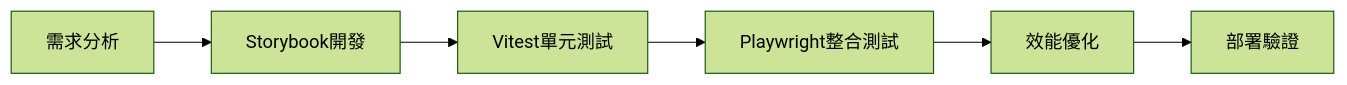
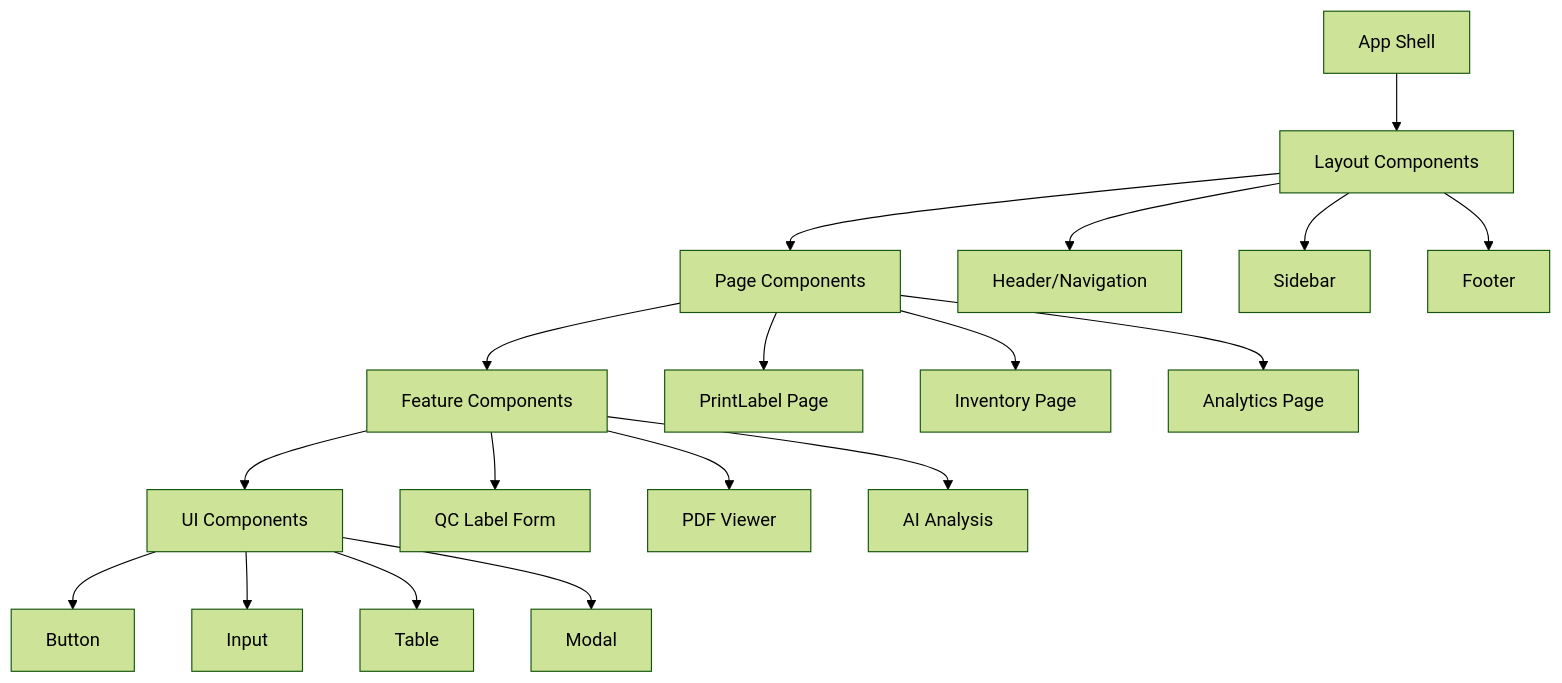
Before and after one commit to aiexkwan/online-stock-control-system: the diagram in docs/role_play/Frontend.md, drawn with Mermaid (forest theme). The commit also changed other lines of this file and 1957 other files, not shown here.

````diff
--- a/docs/role_play/Frontend.md
+++ b/docs/role_play/Frontend.md
@@ -33,8 +103,24 @@
 ```mermaid
-graph LR
-    A[需求分析] --> B[Storybook開發]
-    B --> C[Vitest單元測試]
-    C --> D[Playwright整合測試]
-    D --> E[效能優化]
-    E --> F[部署驗證]
+graph TD
+    A[App Shell] --> B[Layout Components]
+    B --> C[Page Components]
+    C --> D[Feature Components]
+    D --> E[UI Components]
+
+    B --> F[Header/Navigation]
+    B --> G[Sidebar]
+    B --> H[Footer]
+
+    C --> I[PrintLabel Page]
+    C --> J[Inventory Page]
+    C --> K[Analytics Page]
+
+    D --> L[QC Label Form]
+    D --> M[PDF Viewer]
+    D --> N[AI Analysis]
+
+    E --> O[Button]
+    E --> P[Input]
+    E --> Q[Table]
+    E --> R[Modal]
 ```
````
